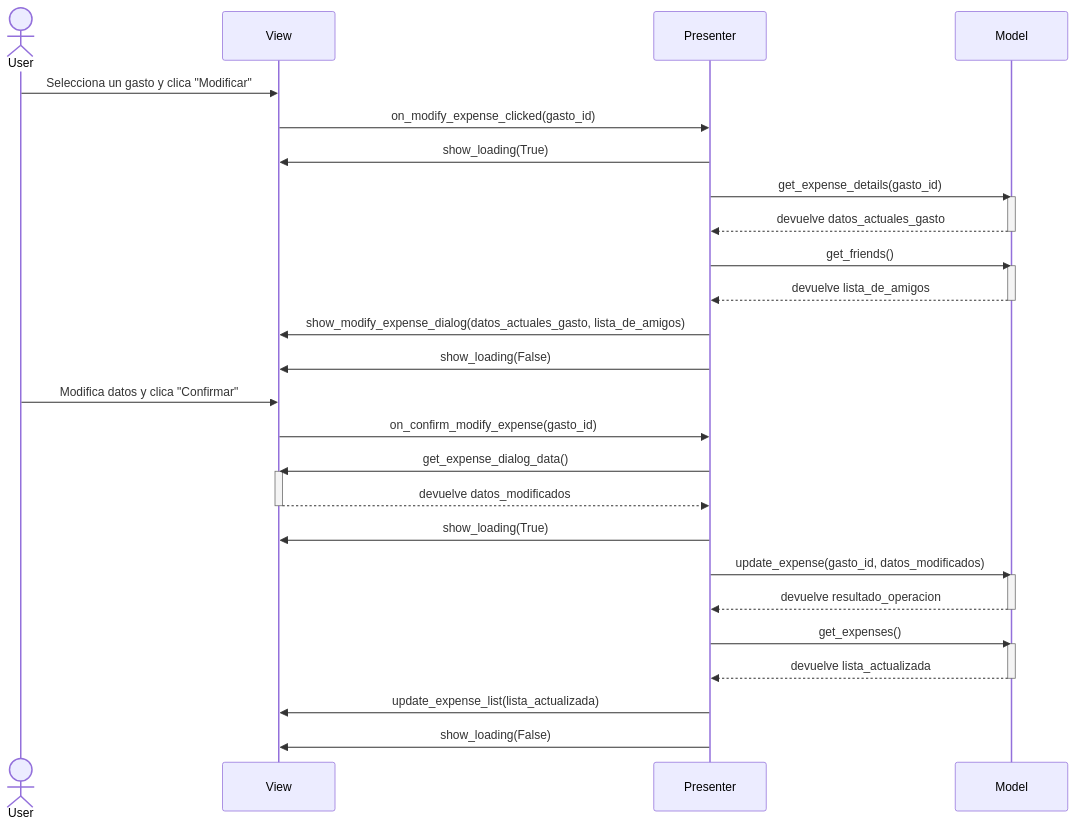
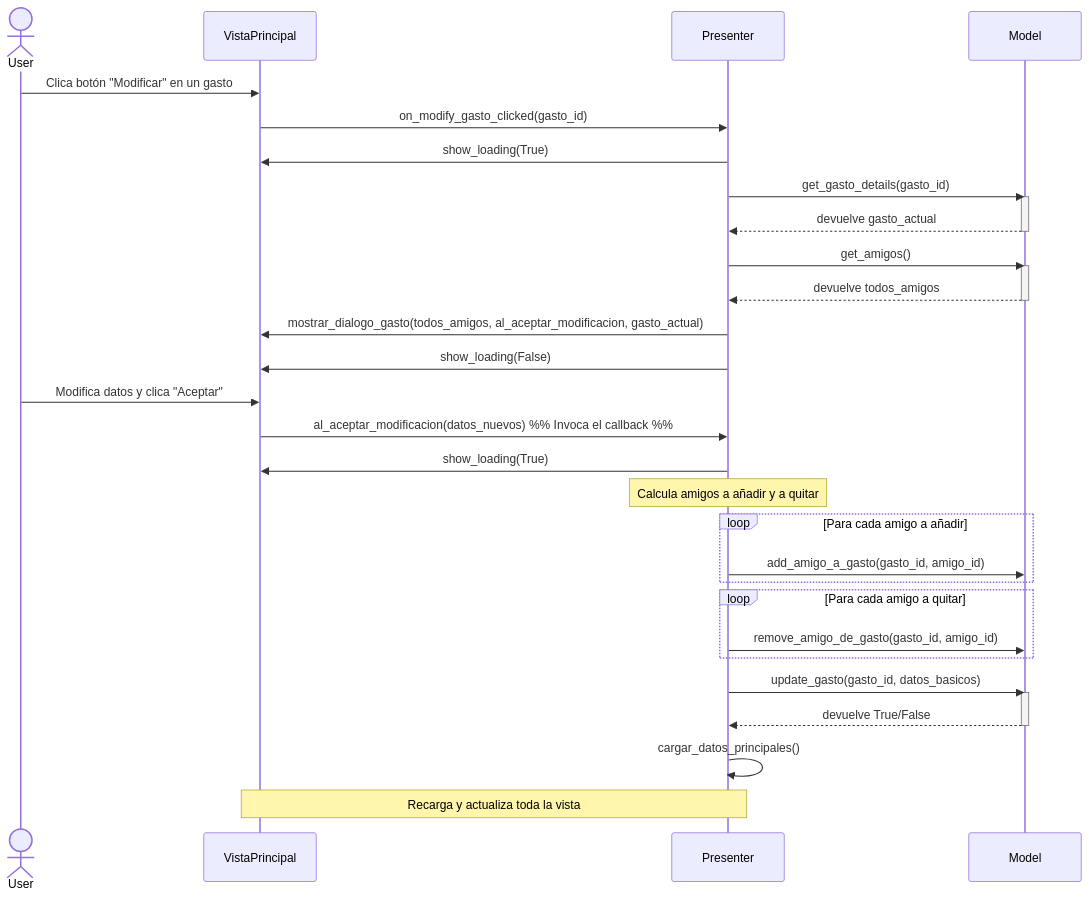
The fourth of 6 diagrams in diseño_sw.md (pablofernandezz/hmi-desktop-app), drawn with Mermaid before and after one commit. The commit also changed other lines of this file and 1 other file, not shown here.

Commit message:
Corrección pantallas de carga y diagramas corregidos y finalizados.

````diff
--- a/diseño_sw.md
+++ b/diseño_sw.md
@@ -169,48 +176,47 @@
 ```mermaid
 sequenceDiagram
     actor User
-    participant View
+    participant VistaPrincipal
     participant Presenter
     participant Model
 
-    User->>View: Selecciona un gasto y clica "Modificar"
-    View->>Presenter: on_modify_expense_clicked(gasto_id)
+    User->>VistaPrincipal: Clica botón "Modificar" en un gasto
+    VistaPrincipal->>Presenter: on_modify_gasto_clicked(gasto_id)
 
-    Presenter->>View: show_loading(True)
+    Presenter->>VistaPrincipal: show_loading(True)
 
-    Presenter->>Model: get_expense_details(gasto_id)
+    Presenter->>Model: get_gasto_details(gasto_id)
     activate Model
-    Model-->>Presenter: devuelve datos_actuales_gasto
+    Model-->>Presenter: devuelve gasto_actual
     deactivate Model
 
-    Presenter->>Model: get_friends()
+    Presenter->>Model: get_amigos()
     activate Model
-    Model-->>Presenter: devuelve lista_de_amigos
+    Model-->>Presenter: devuelve todos_amigos
     deactivate Model
 
-    Presenter->>View: show_modify_expense_dialog(datos_actuales_gasto, lista_de_amigos)
-    Presenter->>View: show_loading(False)
+    Presenter->>VistaPrincipal: mostrar_dialogo_gasto(todos_amigos, al_aceptar_modificacion, gasto_actual)
+    Presenter->>VistaPrincipal: show_loading(False)
     
-    User->>View: Modifica datos y clica "Confirmar"
-    View->>Presenter: on_confirm_modify_expense(gasto_id)
+    User->>VistaPrincipal: Modifica datos y clica "Aceptar"
+    VistaPrincipal->>Presenter: al_aceptar_modificacion(datos_nuevos) %% Invoca el callback %%
 
-    Presenter->>View: get_expense_dialog_data()
-    activate View
-    View-->>Presenter: devuelve datos_modificados
-    deactivate View
+    Presenter->>VistaPrincipal: show_loading(True)
 
-    Presenter->>View: show_loading(True)
+    Note over Presenter: Calcula amigos a añadir y a quitar
 
-    Presenter->>Model: update_expense(gasto_id, datos_modificados)
+    loop Para cada amigo a añadir
+        Presenter->>Model: add_amigo_a_gasto(gasto_id, amigo_id)
+    end
+    loop Para cada amigo a quitar
+        Presenter->>Model: remove_amigo_de_gasto(gasto_id, amigo_id)
+    end
+
+    Presenter->>Model: update_gasto(gasto_id, datos_basicos)
     activate Model
-    Model-->>Presenter: devuelve resultado_operacion
+    Model-->>Presenter: devuelve True/False
     deactivate Model
 
-    Presenter->>Model: get_expenses()
-    activate Model
-    Model-->>Presenter: devuelve lista_actualizada
-    deactivate Model
-
-    Presenter->>View: update_expense_list(lista_actualizada)
-    Presenter->>View: show_loading(False)
+    Presenter->>Presenter: cargar_datos_principales()
+    Note over Presenter, VistaPrincipal: Recarga y actualiza toda la vista
 ```
````
